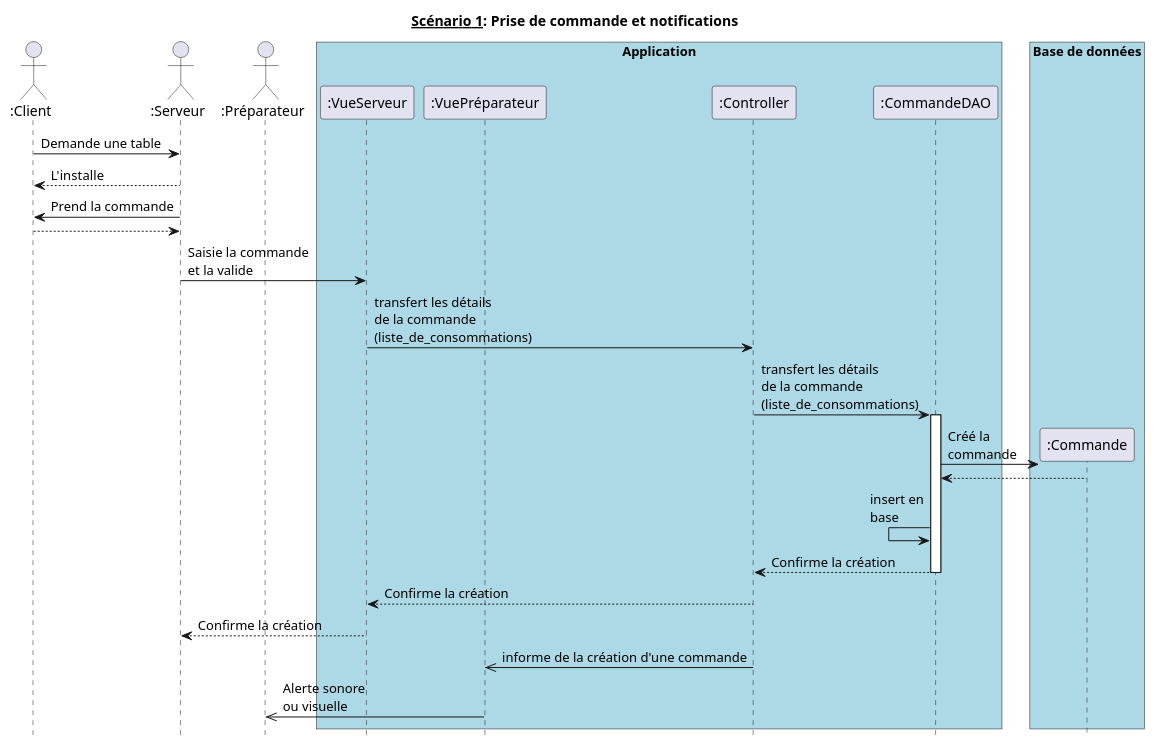
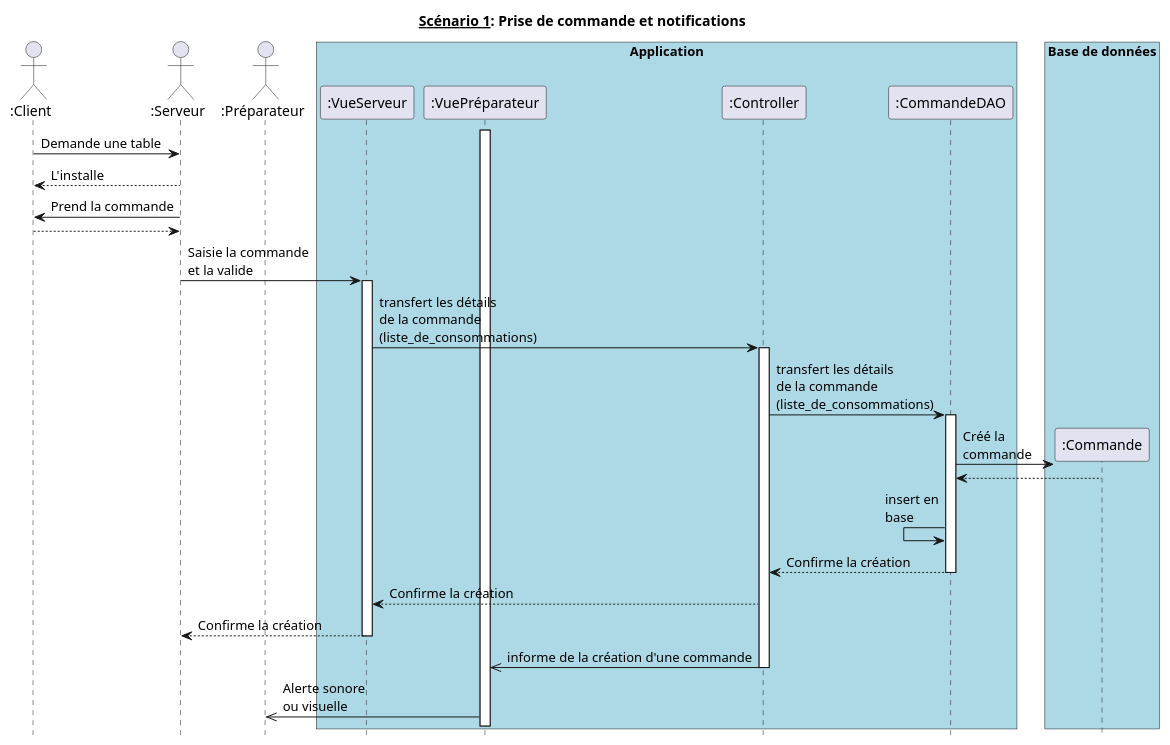
Before and after one commit to hulskenA/GL-Les_seigneurs_du_resto: the diagram in diagrammes_sequences_detailles/dss1.md, drawn with PlantUML. The commit also changed 15 other files, not shown here.

````diff
--- a/diagrammes_sequences_detailles/dss1.md
+++ b/diagrammes_sequences_detailles/dss1.md
@@ -1,45 +1,51 @@
 ```puml
 @startuml
 hide footbox
 title __Scénario 1__: Prise de commande et notifications
 
 actor ":Client" as Client order 10
 actor ":Serveur" as Serveur order 20
 actor ":Préparateur" as Préparateur order 30
 
 box "Application" #Lightblue
   participant ":VueServeur" as VueServeur order 40
   participant ":VuePréparateur" as VuePréparateur order 50
   participant ":Controller" as Controller order 60
   participant ":CommandeDAO" as CommandeDAO order 70
 endbox
 
 box "Base de données" #Lightblue
   participant ":Commande" as Commande order 80
 endbox
 
+activate VuePréparateur
+
 Client -> Serveur : Demande une table
 Client <-- Serveur : L'installe
 Client <- Serveur : Prend la commande
 Client --> Serveur
 
 Serveur -> VueServeur : Saisie la commande\net la valide
+activate VueServeur
 VueServeur -> Controller : transfert les détails\nde la commande\n(liste_de_consommations)
+activate Controller
 Controller -> CommandeDAO : transfert les détails\nde la commande\n(liste_de_consommations)
 
 activate CommandeDAO
   create Commande
   CommandeDAO -> Commande : Créé la\ncommande
   CommandeDAO <-- Commande
   CommandeDAO <- CommandeDAO : insert en\nbase
   CommandeDAO --> Controller : Confirme la création
 deactivate CommandeDAO
 
 Controller --> VueServeur : Confirme la création
 VueServeur --> Serveur : Confirme la création
+deactivate VueServeur
 
 Controller ->> VuePréparateur : informe de la création d'une commande
+deactivate Controller
 VuePréparateur ->> Préparateur : Alerte sonore\nou visuelle
 
 @enduml
 ```
````
